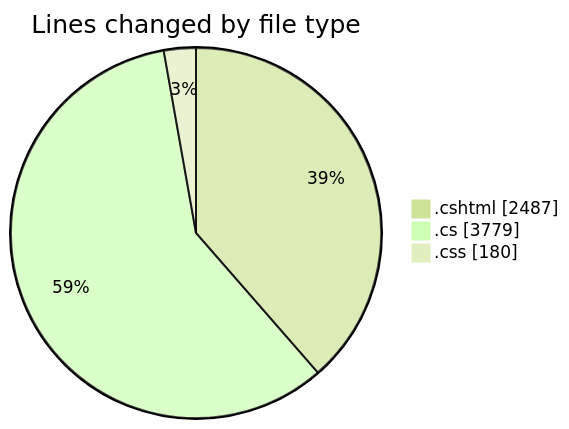
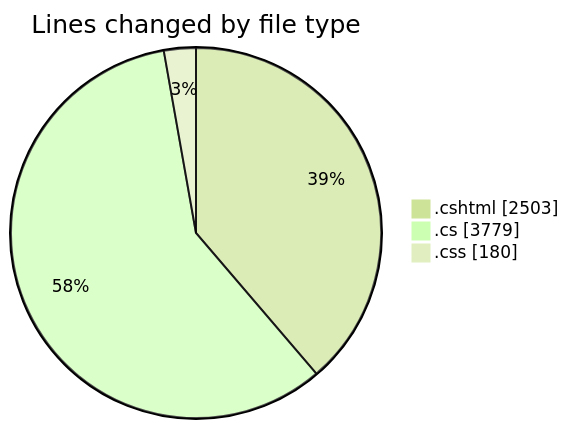
One commit to lephambinh05/code-tracking changed the first of 2 diagrams in 2025-07-17/nhahang/README.md. Above: the diagram before and after it, drawn with Mermaid (forest theme). The commit also changed other lines of this file and 1 other file, not shown here.

````diff
--- a/2025-07-17/nhahang/README.md
+++ b/2025-07-17/nhahang/README.md
@@ -94,7 +94,7 @@
 ```mermaid
 pie showData
 title Lines changed by file type
-".cshtml" : 2487
+".cshtml" : 2503
 ".cs" : 3779
 ".css" : 180
 ```
````
